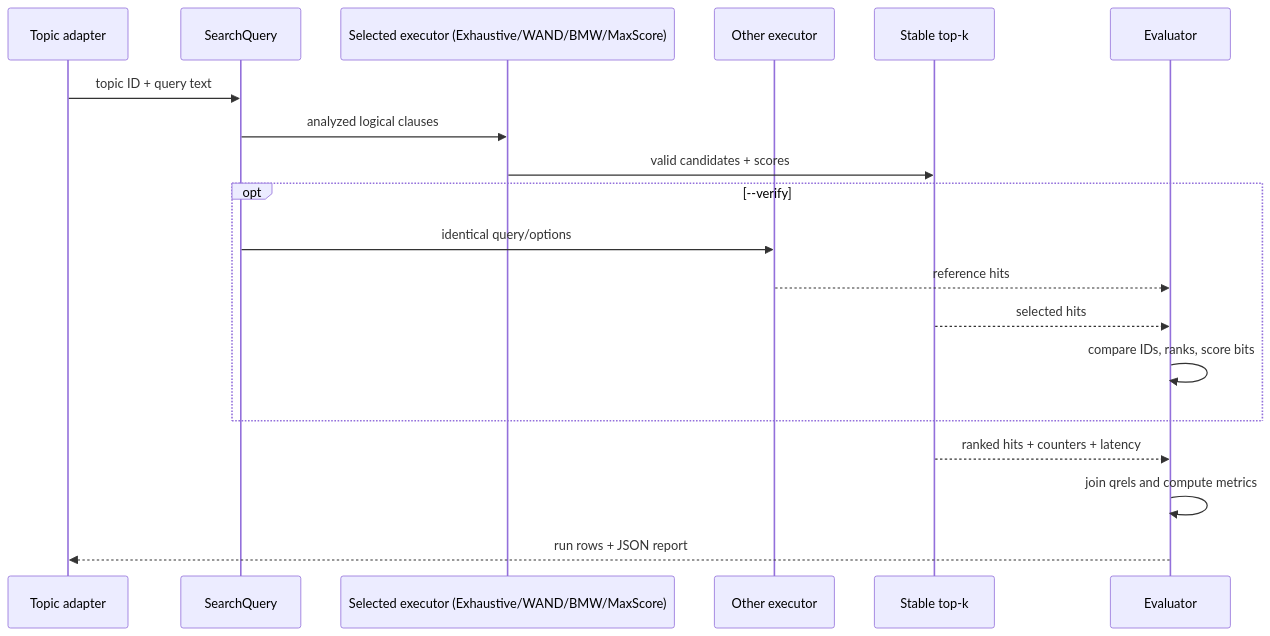
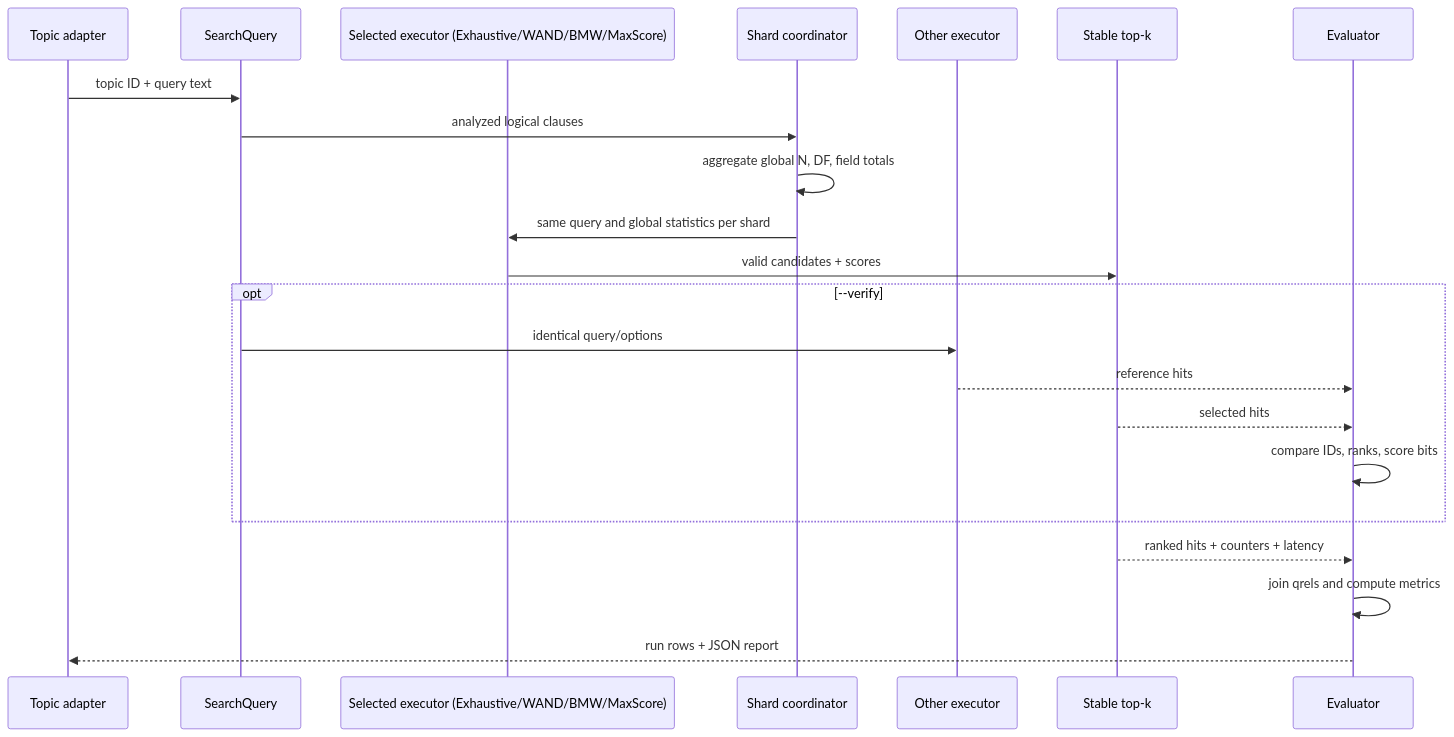
One commit to appleweiping/IndexSail changed the second of 2 diagrams in docs/architecture.md. Above: the diagram before and after it, drawn with Mermaid. The commit also changed other lines of this file and 19 other files, not shown here.

````diff
--- a/docs/architecture.md
+++ b/docs/architecture.md
@@ -43,22 +51,25 @@
 ```mermaid
 sequenceDiagram
     participant T as Topic adapter
     participant Q as SearchQuery
     participant S as Selected executor (Exhaustive/WAND/BMW/MaxScore)
+    participant H as Shard coordinator
     participant O as Other executor
     participant K as Stable top-k
     participant E as Evaluator
 
     T->>Q: topic ID + query text
-    Q->>S: analyzed logical clauses
+    Q->>H: analyzed logical clauses
+    H->>H: aggregate global N, DF, field totals
+    H->>S: same query and global statistics per shard
     S->>K: valid candidates + scores
     opt --verify
         Q->>O: identical query/options
         O-->>E: reference hits
         K-->>E: selected hits
         E->>E: compare IDs, ranks, score bits
     end
     K-->>E: ranked hits + counters + latency
     E->>E: join qrels and compute metrics
     E-->>T: run rows + JSON report
 ```
````
